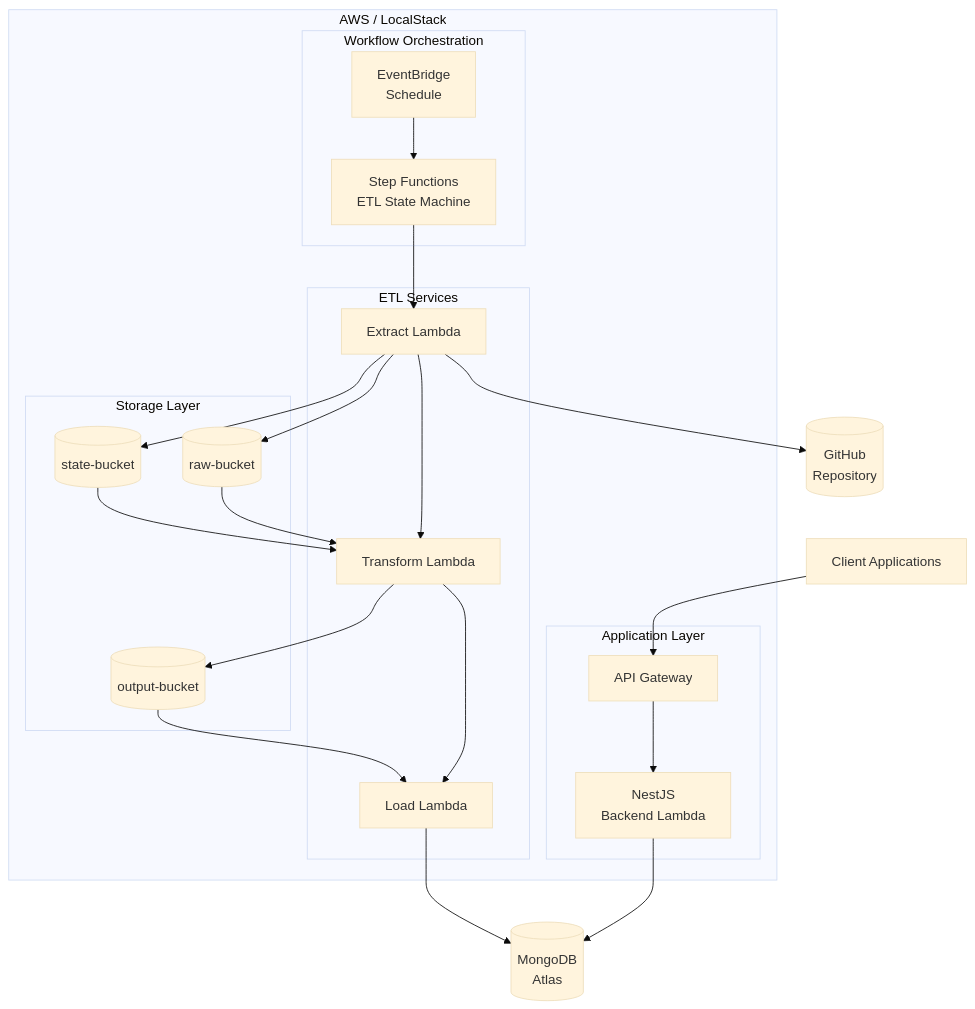
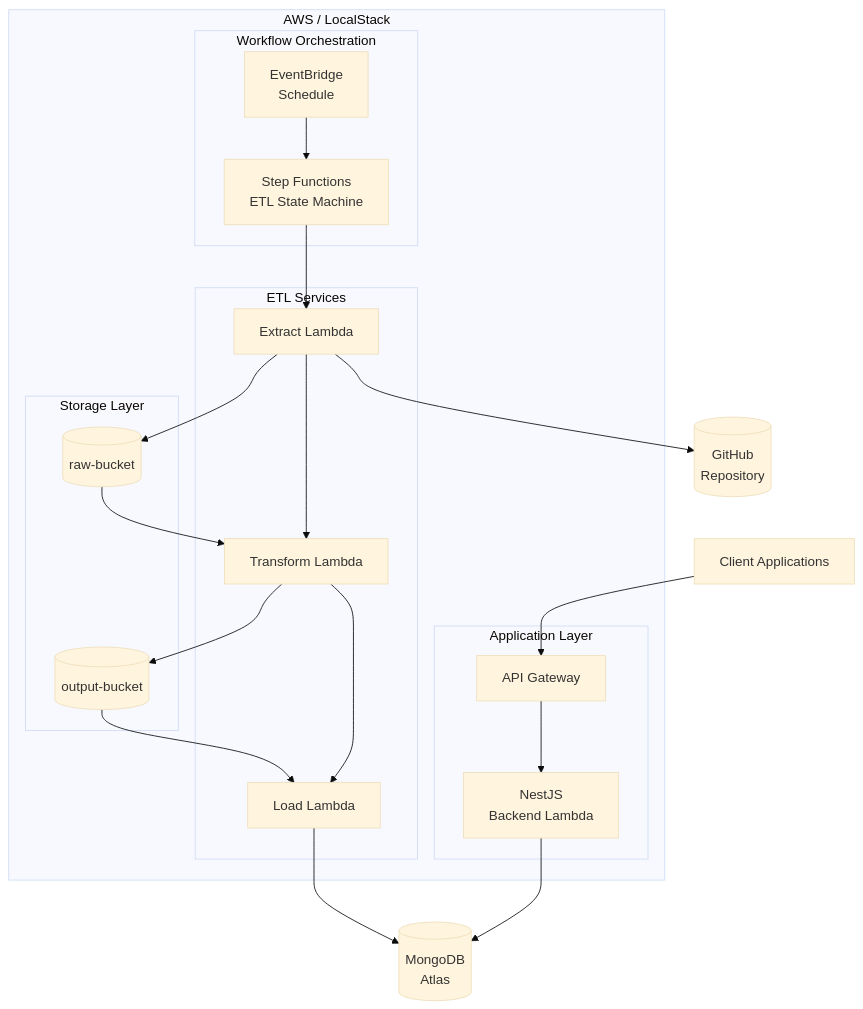
One commit to adham-nasr/roadmap changed the first of 4 diagrams in README.md. Above: the diagram before and after it, drawn with Mermaid (base theme). The commit also changed 4 other files, not shown here.

````diff
--- a/README.md
+++ b/README.md
@@ -13,55 +13,52 @@
 ```mermaid
 flowchart TD
     USER[Client Applications]
 
     subgraph AWS["AWS / LocalStack"]
         subgraph API["Application Layer"]
             APIGW[API Gateway]
             NEST[NestJS<br>Backend Lambda]
         end
 
         subgraph ORCH["Workflow Orchestration"]
             SCHEDULE[EventBridge<br>Schedule]
             SFN[Step Functions<br>ETL State Machine]
         end
 
         subgraph ETL["ETL Services"]
             EXTRACT[Extract Lambda]
             TRANSFORM[Transform Lambda]
             LOAD[Load Lambda]
         end
 
         subgraph STORAGE["Storage Layer"]
-            STATE[(state-bucket)]
             RAW[(raw-bucket)]
             OUTPUT[(output-bucket)]
         end
     end
 
     GITHUB[(GitHub<br>Repository)]
     MONGO[(MongoDB<br>Atlas)]
 
     %% API Flow
     USER --> APIGW --> NEST
     NEST --> MONGO
 
     %% Orchestration Flow - FIXED to sequential chain
     SCHEDULE --> SFN
     SFN --> EXTRACT --> TRANSFORM --> LOAD
 
     %% Extract dependencies
     EXTRACT --> GITHUB
-    EXTRACT --> STATE
     EXTRACT --> RAW
 
     %% Transform dependencies (reads from previous steps)
     RAW --> TRANSFORM
-    STATE --> TRANSFORM
 
     %% Load dependencies
     TRANSFORM --> OUTPUT
     OUTPUT --> LOAD
 
     %% Final Load destination
     LOAD --> MONGO
 ```
````
